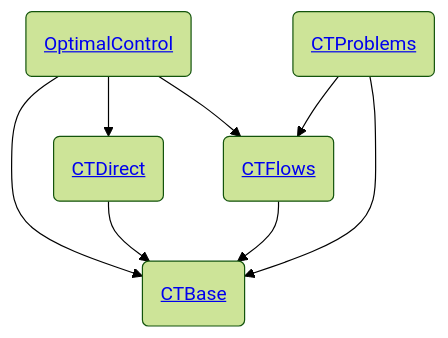
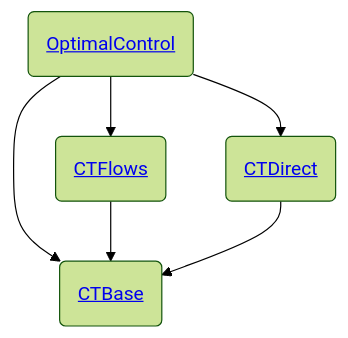
Before and after one commit to control-toolbox/.github: the diagram in profile/README.md, drawn with Mermaid (forest theme). The commit also changed other lines of this file, not shown here.

````diff
--- a/profile/README.md
+++ b/profile/README.md
@@ -59,10 +64,8 @@
 ```mermaid
 flowchart TD
 O(<a href='https://control-toolbox.org/OptimalControl.jl/stable/'>OptimalControl</a>) --> B(<a href='https://control-toolbox.org/OptimalControl.jl/stable/api-ctbase.html'>CTBase</a>)
 O --> D(<a href='https://control-toolbox.org/OptimalControl.jl/stable/api-ctdirect.html'>CTDirect</a>)
 O --> F(<a href='https://control-toolbox.org/OptimalControl.jl/stable/api-ctflows.html'>CTFlows</a>)
-P(<a href='https://control-toolbox.org/CTProblems.jl/stable/'>CTProblems</a>) --> F
-P --> B
 F --> B
 D --> B
 ```
````
